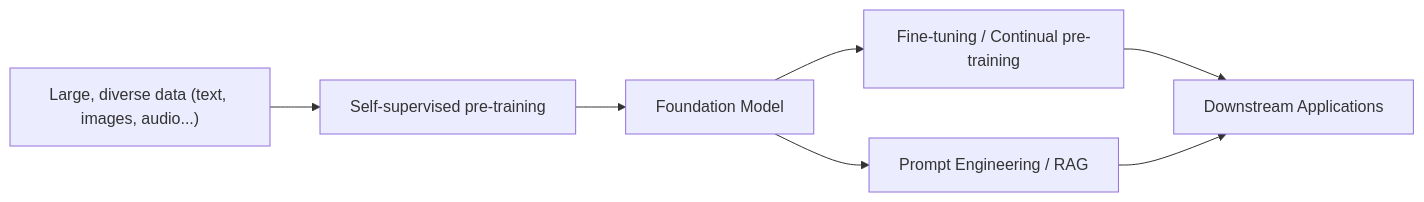
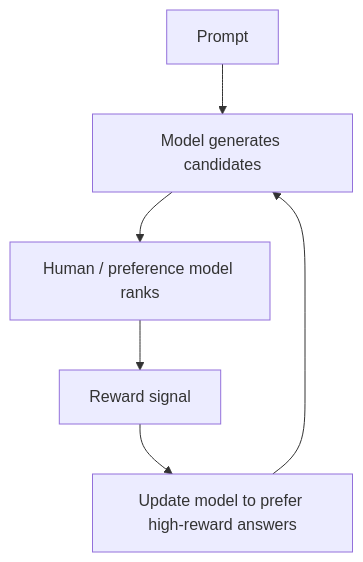
Before and after one commit to Traenqui/bsc-informatik-fh-ost: the third of 4 diagrams in generative-ai/notes/01-intro.md, drawn with Mermaid. The commit also changed other lines of this file and 12 other files, not shown here.

````diff
--- a/generative-ai/notes/01-intro.md
+++ b/generative-ai/notes/01-intro.md
@@ -175,10 +225,8 @@
 ```mermaid
-flowchart LR
-  DATA["Large, diverse data (text, images, audio...)"]
-    --> PRETRAIN[Self-supervised pre-training]
-  PRETRAIN --> FM[Foundation Model]
-  FM --> ADAPT1[Fine-tuning / Continual pre-training]
-  FM --> ADAPT2[Prompt Engineering / RAG]
-  ADAPT1 --> APPS[Downstream Applications]
-  ADAPT2 --> APPS
+flowchart TD
+  P[Prompt] --> M[Model generates candidates]
+  M --> H[Human / preference model ranks]
+  H --> R[Reward signal]
+  R --> U[Update model to prefer high-reward answers]
+  U --> M
 ```
````
